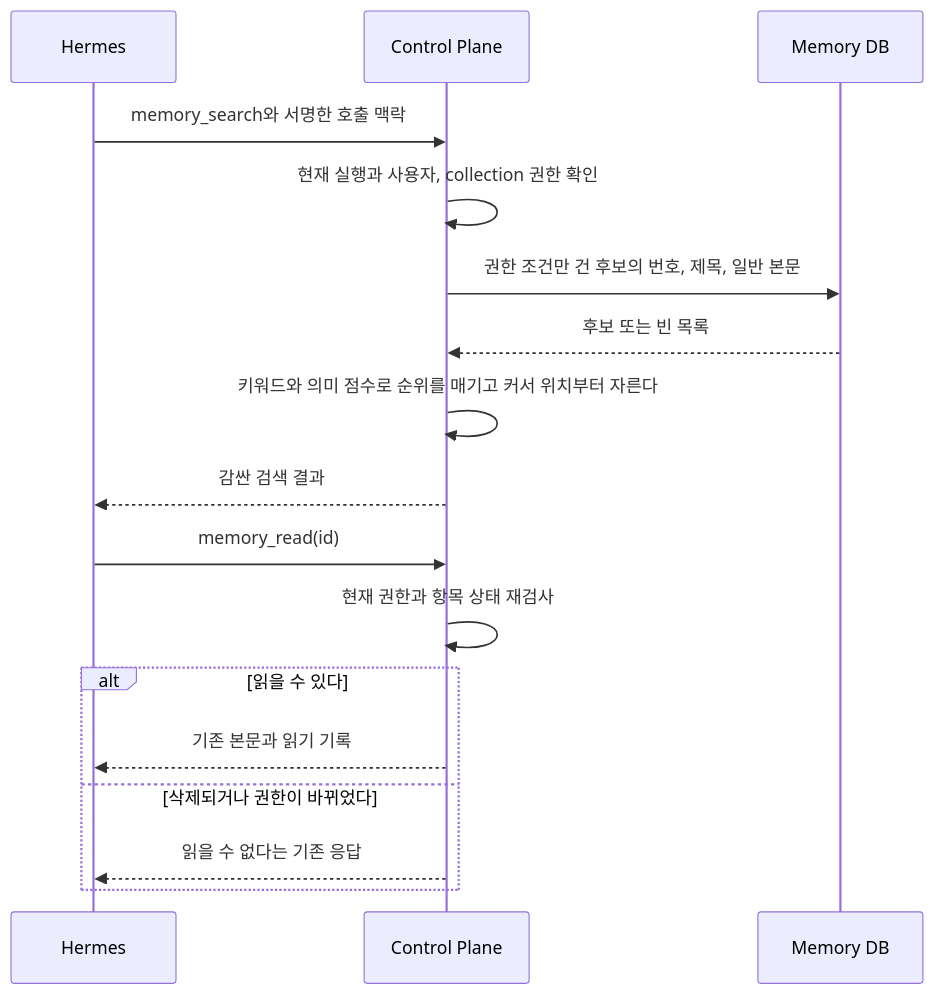
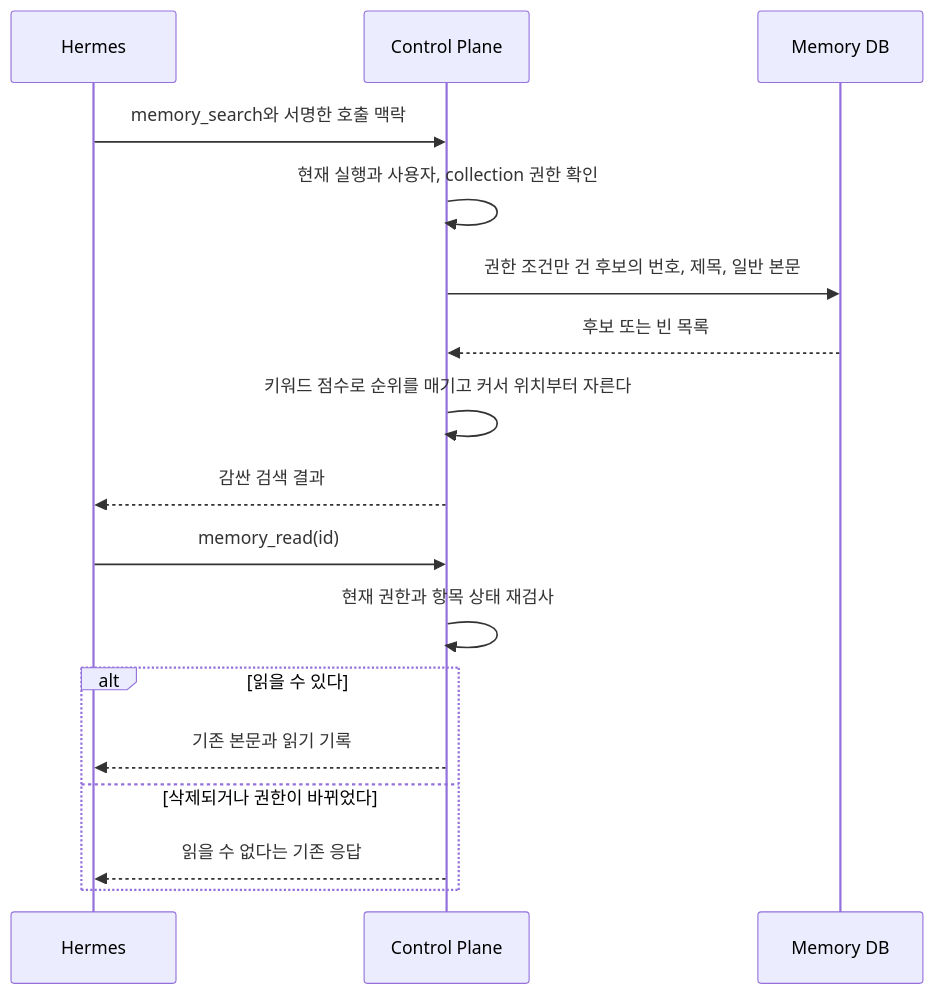
Before and after one commit to jon890/fos-assistant: the first of 2 diagrams in docs/features/memory.md, drawn with Mermaid. The commit also changed other lines of this file and 8 other files, not shown here.

````diff
--- a/docs/features/memory.md
+++ b/docs/features/memory.md
@@ -22,19 +22,19 @@
 ```mermaid
 sequenceDiagram
     participant H as Hermes
     participant C as Control Plane
     participant D as Memory DB
     H->>C: memory_search와 서명한 호출 맥락
     C->>C: 현재 실행과 사용자, collection 권한 확인
     C->>D: 권한 조건만 건 후보의 번호, 제목, 일반 본문
     D-->>C: 후보 또는 빈 목록
-    C->>C: 키워드와 의미 점수로 순위를 매기고 커서 위치부터 자른다
+    C->>C: 키워드 점수로 순위를 매기고 커서 위치부터 자른다
     C-->>H: 감싼 검색 결과
     H->>C: memory_read(id)
     C->>C: 현재 권한과 항목 상태 재검사
     alt 읽을 수 있다
         C-->>H: 기존 본문과 읽기 기록
     else 삭제되거나 권한이 바뀌었다
         C-->>H: 읽을 수 없다는 기존 응답
     end
 ```
````
